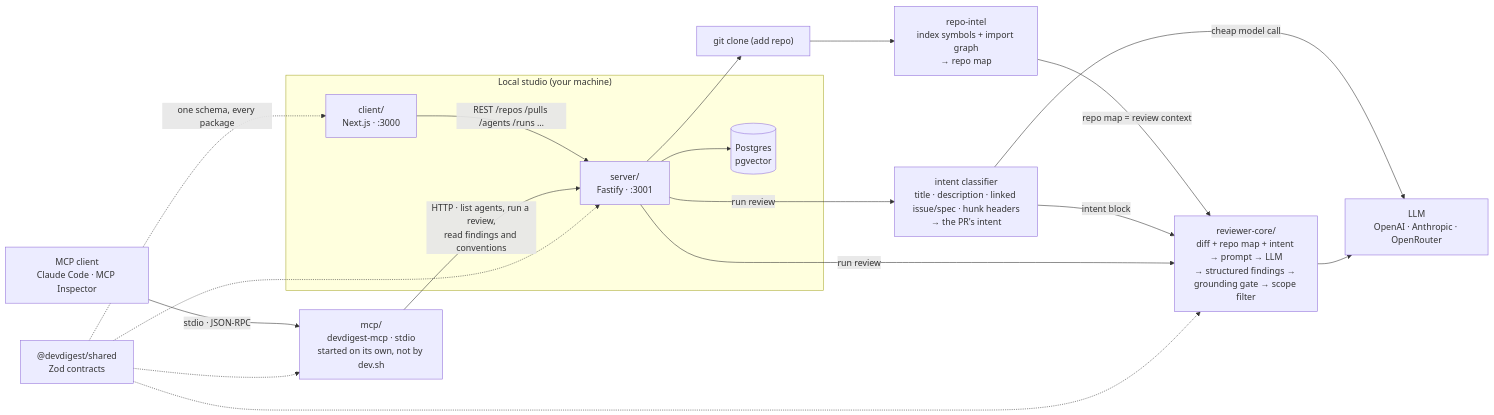
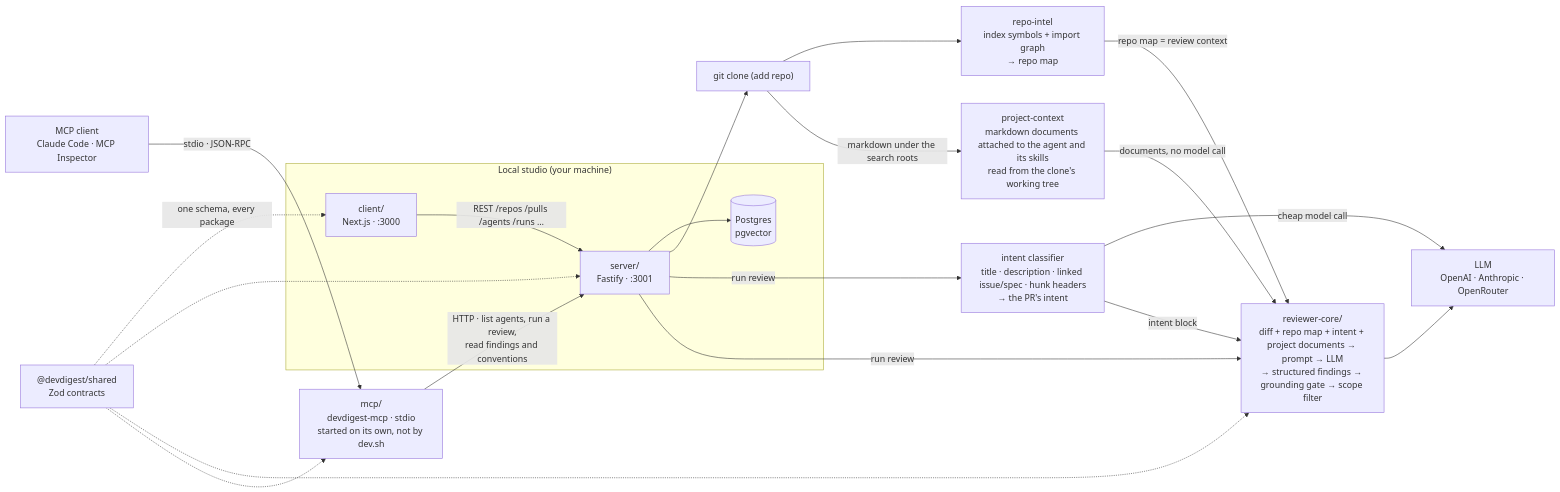
The diagram in README.md (yrazub/dev-digest), drawn with Mermaid before and after one commit. The commit also changed other lines of this file and 19 other files, not shown here.

Commit message:
docs: document Project Context across the packages

````diff
--- a/README.md
+++ b/README.md
@@ -28,34 +28,37 @@
 ```mermaid
 flowchart LR
   subgraph Studio["Local studio (your machine)"]
     WEB["client/<br/>Next.js · :3000"]
     API["server/<br/>Fastify · :3001"]
     PG[("Postgres<br/>pgvector")]
     WEB -->|"REST /repos /pulls /agents /runs …"| API
     API --> PG
   end
 
   CLONE["git clone (add repo)"] --> INDEX["repo-intel<br/>index symbols + import graph<br/>→ repo map"]
   API --> CLONE
   INDEX -->|"repo map = review context"| ENGINE
 
   INTENT["intent classifier<br/>title · description · linked issue/spec · hunk headers<br/>→ the PR's intent"]
-  ENGINE["reviewer-core/<br/>diff + repo map + intent → prompt → LLM<br/>→ structured findings → grounding gate → scope filter"]
+  PCTX["project-context<br/>markdown documents attached to the agent and its skills<br/>read from the clone's working tree"]
+  ENGINE["reviewer-core/<br/>diff + repo map + intent + project documents → prompt → LLM<br/>→ structured findings → grounding gate → scope filter"]
   LLM["LLM<br/>OpenAI · Anthropic · OpenRouter"]
   API -->|"run review"| INTENT
   INTENT -->|"cheap model call"| LLM
   INTENT -->|"intent block"| ENGINE
+  CLONE -->|"markdown under the search roots"| PCTX
+  PCTX -->|"documents, no model call"| ENGINE
   API -->|"run review"| ENGINE
   ENGINE --> LLM
 
   MCPCLIENT["MCP client<br/>Claude Code · MCP Inspector"]
   MCP["mcp/<br/>devdigest-mcp · stdio<br/>started on its own, not by dev.sh"]
   MCPCLIENT -->|"stdio · JSON-RPC"| MCP
   MCP -->|"HTTP · list agents, run a review,<br/>read findings and conventions"| API
 
   SHARED["@devdigest/shared<br/>Zod contracts"]
   SHARED -.->|"one schema, every package"| WEB
   SHARED -.-> API
   SHARED -.-> ENGINE
   SHARED -.-> MCP
 ```
````
